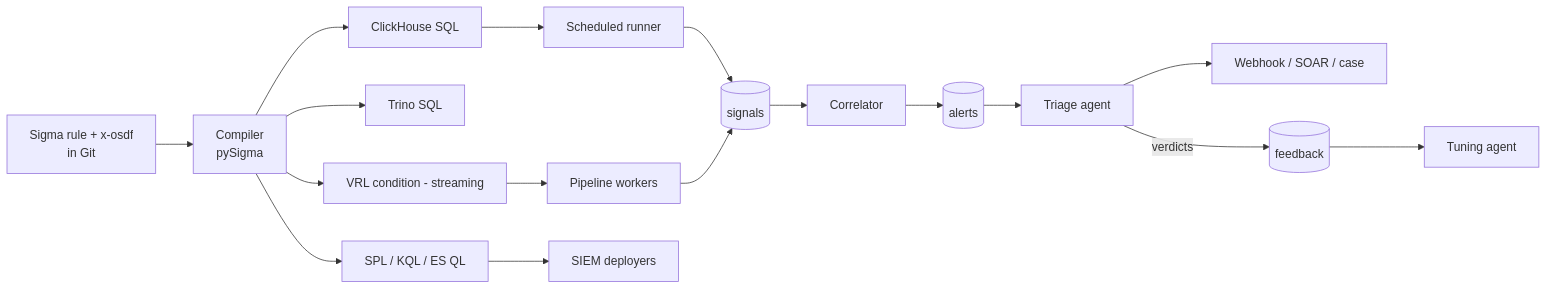
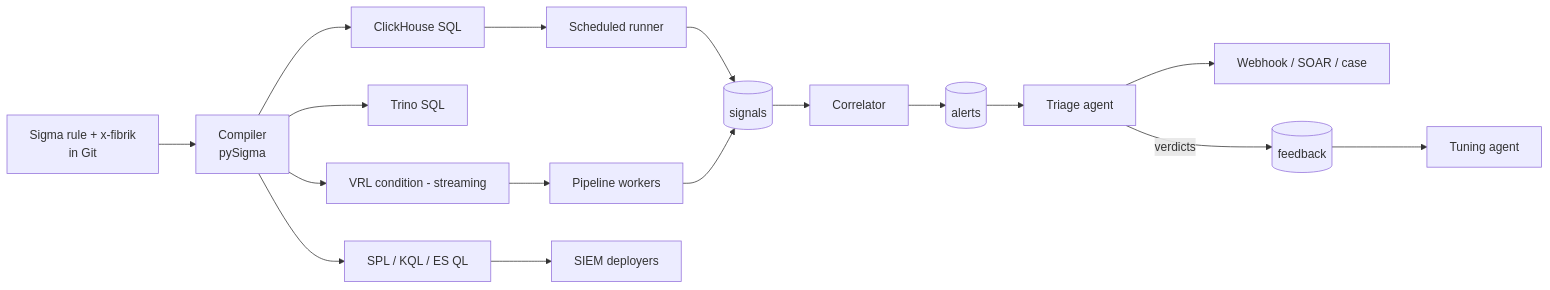
Before and after one commit to SClinton/fibrik: the fifth of 7 diagrams in architecture.md, drawn with Mermaid. The commit also changed other lines of this file and 9 other files, not shown here.

First line of the commit message:
Rename project from OSDF to Fibrik

````diff
--- a/architecture.md
+++ b/architecture.md
@@ -419,19 +419,19 @@
 ```mermaid
 flowchart LR
-  R[Sigma rule + x-osdf<br/>in Git] --> C[Compiler<br/>pySigma]
+  R[Sigma rule + x-fibrik<br/>in Git] --> C[Compiler<br/>pySigma]
   C --> Q1[ClickHouse SQL]
   C --> Q2[Trino SQL]
   C --> Q3[VRL condition - streaming]
   C --> Q4[SPL / KQL / ES QL]
   Q1 --> RUN[Scheduled runner]
   Q3 --> WRK[Pipeline workers]
   Q4 --> DEP[SIEM deployers]
   RUN --> SIG[(signals)]
   WRK --> SIG
   SIG --> COR[Correlator]
   COR --> AL[(alerts)]
   AL --> TRI[Triage agent]
   TRI --> OUT[Webhook / SOAR / case]
   TRI -- verdicts --> FB[(feedback)]
   FB --> TUNE[Tuning agent]
 ```
````
